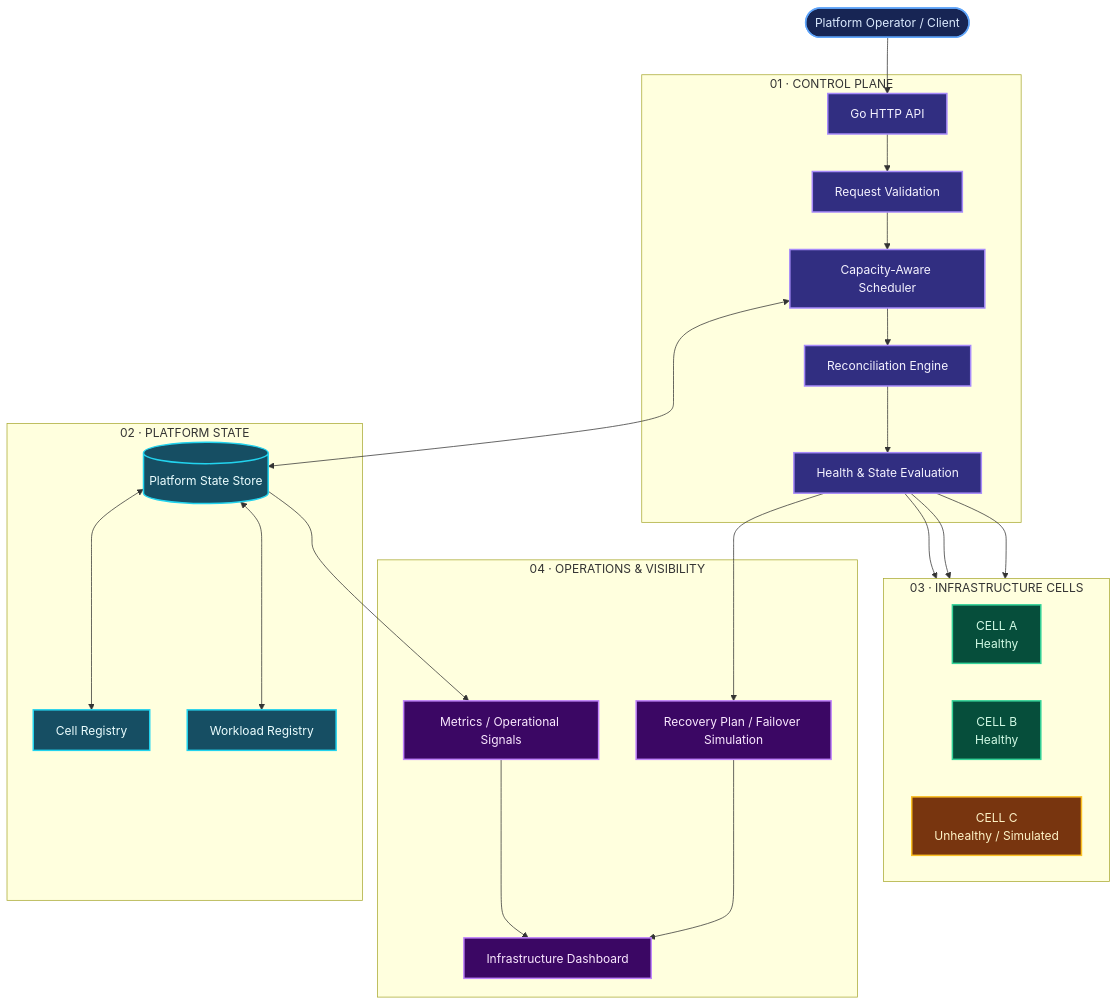
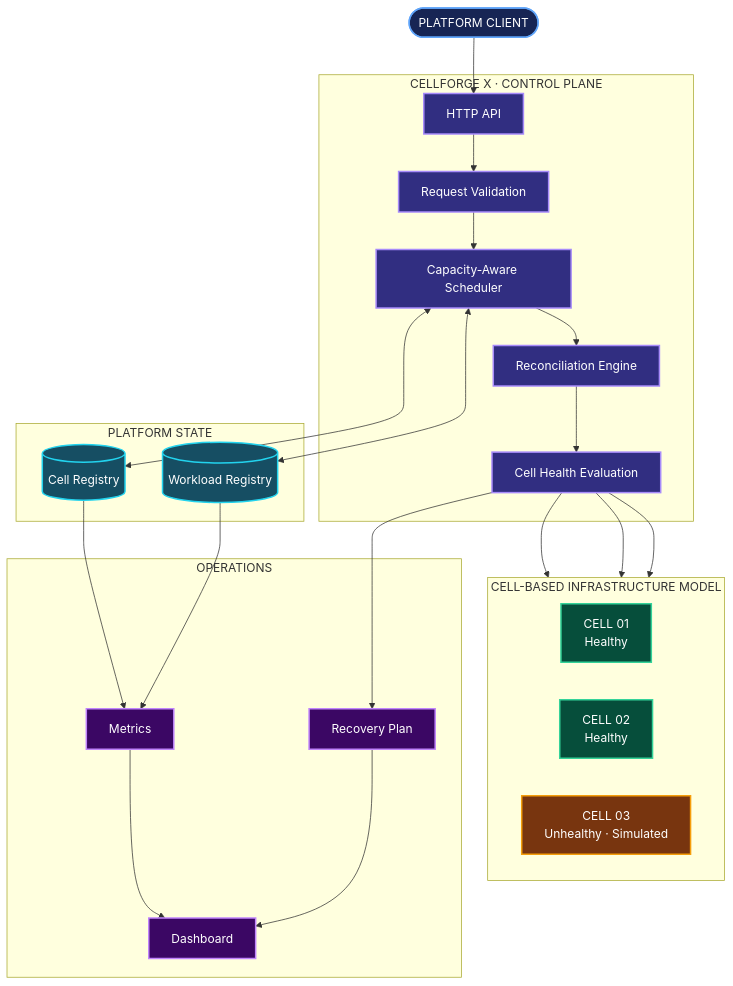
The first of 2 diagrams in README.md (akankshad1712/cellforge-x-multi-cluster-platform), drawn with Mermaid before and after one commit. The commit also changed other lines of this file, not shown here.

````diff
--- a/README.md
+++ b/README.md
@@ -70,61 +48,57 @@
 ```mermaid
 flowchart TB
-    USER(["Platform Operator / Client"])
-    
-    subgraph CONTROL["01 · CONTROL PLANE"]
-        API["Go HTTP API"]
-        VALIDATE["Request Validation"]
-        SCHED["Capacity-Aware Scheduler"]
-        RECON["Reconciliation Engine"]
-        HEALTH["Health & State Evaluation"]
+    CLIENT(["PLATFORM CLIENT"])
+
+    subgraph CP["CELLFORGE X · CONTROL PLANE"]
+      API["HTTP API"]
+      VALIDATE["Request Validation"]
+      SCHED["Capacity-Aware Scheduler"]
+      RECON["Reconciliation Engine"]
+      HEALTH["Cell Health Evaluation"]
     end
 
-    subgraph STATE["02 · PLATFORM STATE"]
-        STORE[("Platform State Store")]
-        CELLS["Cell Registry"]
-        WORKLOADS["Workload Registry"]
+    subgraph DATA["PLATFORM STATE"]
+      REG[("Cell Registry")]
+      WORK[("Workload Registry")]
     end
 
-    subgraph INFRA["03 · INFRASTRUCTURE CELLS"]
-        direction LR
-        CELL_A["CELL A<br/>Healthy"]
-        CELL_B["CELL B<br/>Healthy"]
-        CELL_C["CELL C<br/>Unhealthy / Simulated"]
+    subgraph CELLS["CELL-BASED INFRASTRUCTURE MODEL"]
+      direction LR
+      A["CELL 01<br/>Healthy"]
+      B["CELL 02<br/>Healthy"]
+      C["CELL 03<br/>Unhealthy · Simulated"]
     end
 
-    subgraph OPERATIONS["04 · OPERATIONS & VISIBILITY"]
-        METRICS["Metrics / Operational Signals"]
-        DASH["Infrastructure Dashboard"]
-        RECOVERY["Recovery Plan / Failover Simulation"]
+    subgraph OBS["OPERATIONS"]
+      METRICS["Metrics"]
+      DASH["Dashboard"]
+      RECOVERY["Recovery Plan"]
     end
 
-    USER --> API
-    API --> VALIDATE
-    VALIDATE --> SCHED
-    SCHED <--> STORE
-    STORE <--> CELLS
-    STORE <--> WORKLOADS
-    SCHED --> RECON
-    RECON --> HEALTH
-    HEALTH --> CELL_A
-    HEALTH --> CELL_B
-    HEALTH --> CELL_C
+    CLIENT --> API --> VALIDATE --> SCHED
+    SCHED <--> REG
+    SCHED <--> WORK
+    SCHED --> RECON --> HEALTH
+    HEALTH --> A
+    HEALTH --> B
+    HEALTH --> C
     HEALTH --> RECOVERY
-    STORE --> METRICS
+    RECOVERY --> DASH
+    REG --> METRICS
+    WORK --> METRICS
     METRICS --> DASH
-    RECOVERY --> DASH
 
-    classDef client fill:#172554,stroke:#60A5FA,color:#DBEAFE,stroke-width:2px
-    classDef control fill:#312E81,stroke:#A78BFA,color:#F5F3FF,stroke-width:2px
-    classDef state fill:#164E63,stroke:#22D3EE,color:#ECFEFF,stroke-width:2px
-    classDef healthy fill:#064E3B,stroke:#34D399,color:#D1FAE5,stroke-width:2px
-    classDef warning fill:#78350F,stroke:#FBBF24,color:#FEF3C7,stroke-width:2px
-    classDef ops fill:#3B0764,stroke:#C084FC,color:#FAE8FF,stroke-width:2px
+    classDef api fill:#312E81,stroke:#A78BFA,color:#FFFFFF,stroke-width:2px
+    classDef data fill:#164E63,stroke:#22D3EE,color:#FFFFFF,stroke-width:2px
+    classDef healthy fill:#064E3B,stroke:#34D399,color:#FFFFFF,stroke-width:2px
+    classDef unhealthy fill:#78350F,stroke:#F59E0B,color:#FFFFFF,stroke-width:2px
+    classDef ops fill:#3B0764,stroke:#C084FC,color:#FFFFFF,stroke-width:2px
+    classDef client fill:#172554,stroke:#60A5FA,color:#FFFFFF,stroke-width:2px
 
-    class USER client
-    class API,VALIDATE,SCHED,RECON,HEALTH control
-    class STORE,CELLS,WORKLOADS state
-    class CELL_A,CELL_B healthy
-    class CELL_C warning
+    class API,VALIDATE,SCHED,RECON,HEALTH api
+    class REG,WORK data
+    class A,B healthy
+    class C unhealthy
     class METRICS,DASH,RECOVERY ops
+    class CLIENT client
 ```
````
